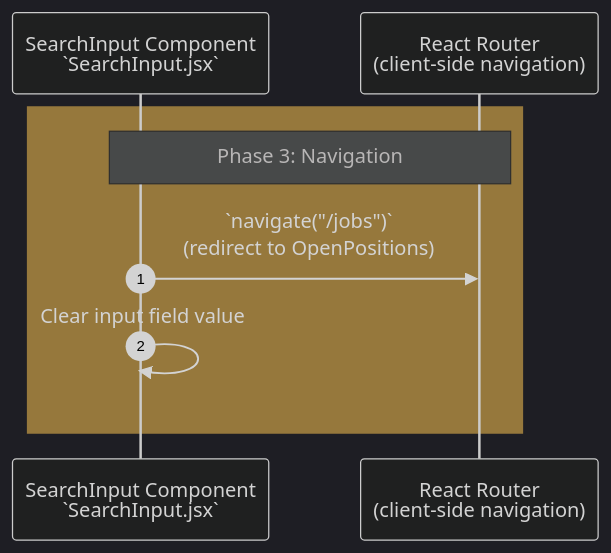
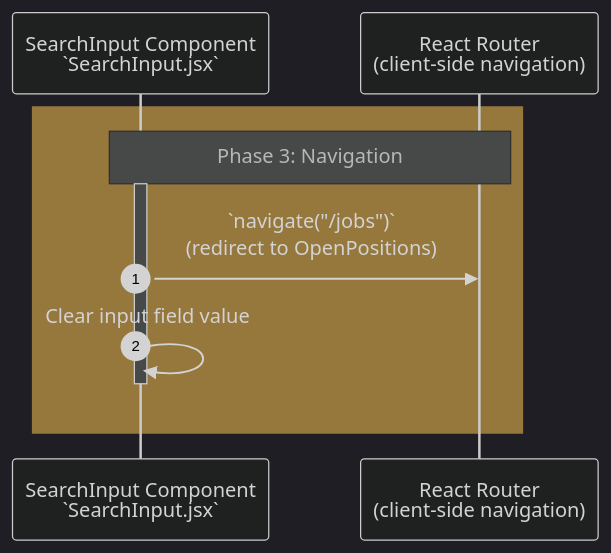
Before and after one commit to YahyaAl-Ademi/2025.10.23-JobCompass: the diagram in documentation/jobFetch/jobFetch-Phase3.md, drawn with Mermaid. The commit also changed 5 other files, not shown here.

Commit message:
Refine job fetch documentation with enhanced sequence diagrams for phases 1 to 6, incorporating activation and deactivation states for components, improving clarity on the flow of input validation, context updates, travel details fetching, and result display.

````diff
--- a/documentation/jobFetch/jobFetch-Phase3.md
+++ b/documentation/jobFetch/jobFetch-Phase3.md
@@ -1,13 +1,15 @@
 ```mermaid
 %%{init: {'theme': 'dark', 'themeVariables': { 'primaryColor':'#1a1a1a', 'primaryBorderColor':'#4a9eff', 'lineColor':'#4a9eff', 'tertiaryColor':'#2a2a2a', 'tertiaryBorderColor':'#4a9eff', 'tertiaryTextColor':'#ffffff'}, 'sequence': {'actorMargin': 50}}}%%
 sequenceDiagram
     autonumber
     participant SearchInput as SearchInput Component<br/>`SearchInput.jsx`
     participant Router as React Router<br/>(client-side navigation)
 
     rect rgb(150, 120, 60)
     Note over SearchInput,Router: Phase 3: Navigation
+    activate SearchInput
     SearchInput->>Router: `navigate("/jobs")`<br/>(redirect to OpenPositions)
     SearchInput->>SearchInput: Clear input field value
+    deactivate SearchInput
     end
 ```
````
